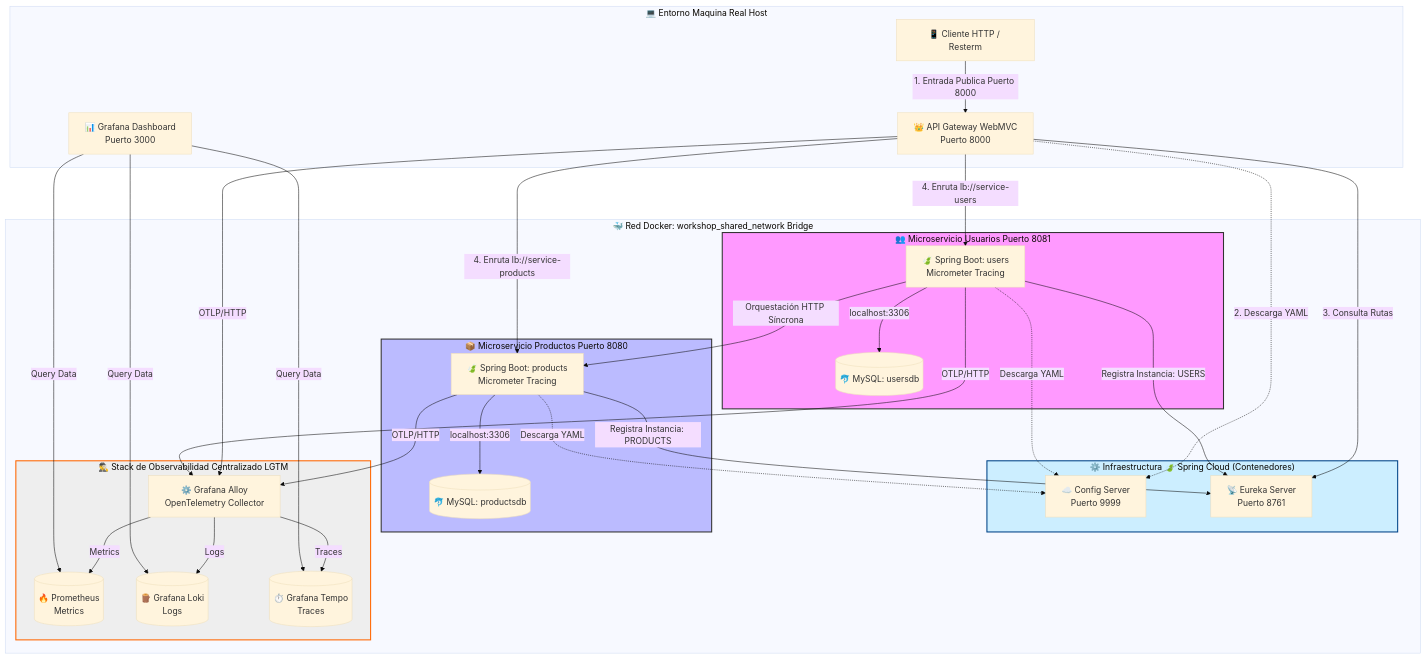
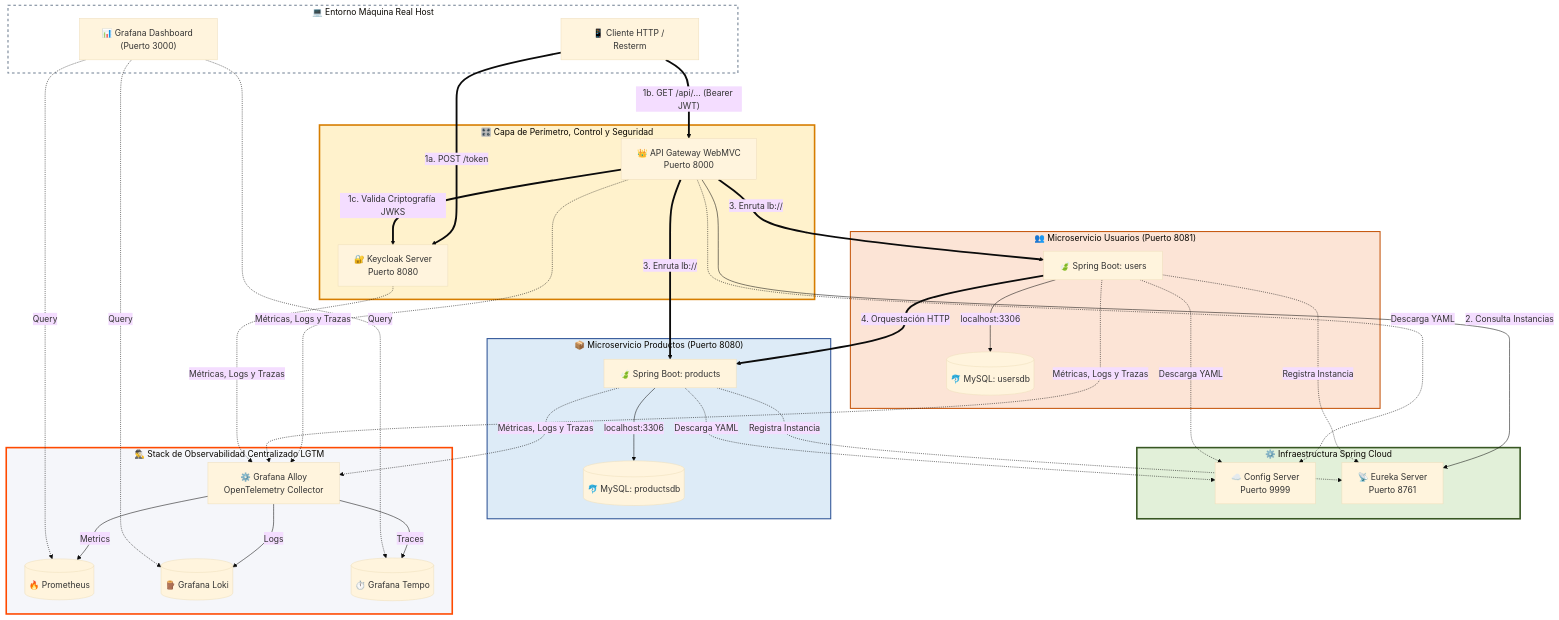
The first of 4 diagrams in README.md (wortiz1027/workshop), drawn with Mermaid (base theme) before and after one commit. The commit also changed other lines of this file and 10 other files, not shown here.

Commit message:
feat: agrega soporte de servidor de seguridad para securizar el acceso a los recursos de users y products

````diff
--- a/README.md
+++ b/README.md
@@ -13,72 +13,83 @@
 ```mermaid
 graph TD
-    subgraph Host ["💻 Entorno Maquina Real Host"]
-        UI[📱 Cliente HTTP / Resterm] -->|"1. Entrada Publica Puerto 8000"| AppGateway
-        GRAFANA_UI["📊 Grafana Dashboard <br> Puerto 3000"]
+    %% =========================================================
+    %% 💻 CAPA DE CLIENTE COLOFÓN (MÁQUINA REAL)
+    %% =========================================================
+    subgraph Host ["💻 Entorno Máquina Real Host"]
+        UI[📱 Cliente HTTP / Resterm]
+        GRAFANA_UI["📊 Grafana Dashboard (Puerto 3000)"]
     end
 
-    subgraph DockerBridge ["🐳 Red Docker: workshop_shared_network Bridge"]
-        subgraph SpringCloud ["⚙️ Infraestructura 🍃 Spring Cloud (Contenedores)"]
-            ConfigServer[☁️ Config Server <br> Puerto 9999]
-            EurekaServer[📡 Eureka Server <br> Puerto 8761]
-            AppGateway[👑 API Gateway WebMVC <br> Puerto 8000]
-        end
-
-        subgraph SubUsers ["👥 Microservicio Usuarios Puerto 8081"]
-            AppUsers[🍃 Spring Boot: users <br> Micrometer Tracing]
-            DBUsers[(🐬 MySQL: usersdb)]
-            AppUsers -->|localhost:3306| DBUsers
-        end
-
-        subgraph SubProducts ["📦 Microservicio Productos Puerto 8080"]
-            AppProducts[🍃 Spring Boot: products <br> Micrometer Tracing]
-            DBProducts[(🐬 MySQL: productsdb)]
-            AppProducts -->|localhost:3306| DBProducts
-        end
-
-        subgraph TelemetryStack ["🕵️‍♂️ Stack de Observabilidad Centralizado LGTM"]
-            ALLOY[⚙️ Grafana Alloy <br> OpenTelemetry Collector]
-            PROM[(🔥 Prometheus <br> Metrics)]
-            LOKI[(🪵 Grafana Loki <br> Logs)]
-            TEMPO[(⏱️ Grafana Tempo <br> Traces)]
-        end
+    %% =========================================================
+    %% 🎛️ CAPA DE PERÍMETRO Y CONTROL (DOCKER SHARED NETWORK)
+    %% =========================================================
+    subgraph CapaControl ["🎛️ Capa de Perímetro, Control y Seguridad"]
+        AppGateway[👑 API Gateway WebMVC <br> Puerto 8000]
+        KeycloakServer[🔐 Keycloak Server <br> Puerto 8080]
     end
 
-    %% Ciclo de Descarga de Propiedades Centralizadas
-    AppGateway -.->|"2. Descarga YAML"| ConfigServer
-    AppUsers -.->|"Descarga YAML"| ConfigServer
-    AppProducts -.->|"Descarga YAML"| ConfigServer
+    %% =========================================================
+    %% ⚙️ CAPA DE INFRAESTRUCTURA SPRING CLOUD
+    %% =========================================================
+    subgraph SpringCloud ["⚙️ Infraestructura Spring Cloud"]
+        ConfigServer[☁️ Config Server <br> Puerto 9999]
+        EurekaServer[📡 Eureka Server <br> Puerto 8761]
+    end
 
-    %% Ciclo de Descubrimiento de Servicios Dinámico
-    AppGateway -->|"3. Consulta Rutas"| EurekaServer
-    AppUsers -->|"Registra Instancia: USERS"| EurekaServer
-    AppProducts -->|"Registra Instancia: PRODUCTS"| EurekaServer
+    %% =========================================================
+    %% 👥 CAPA DE MICROSERVICIOS DE NEGOCIO
+    %% =========================================================
+    subgraph SubUsers ["👥 Microservicio Usuarios (Puerto 8081)"]
+        AppUsers[🍃 Spring Boot: users]
+        DBUsers[(🐬 MySQL: usersdb)]
+        AppUsers -->|localhost:3306| DBUsers
+    end
 
-    %% Enrutamiento Interno del API Gateway
-    AppGateway -->|"4. Enruta lb://service-products"| AppProducts
-    AppGateway -->|"4. Enruta lb://service-users"| AppUsers
+    subgraph SubProducts ["📦 Microservicio Productos (Puerto 8080)"]
+        AppProducts[🍃 Spring Boot: products]
+        DBProducts[(🐬 MySQL: productsdb)]
+        AppProducts -->|localhost:3306| DBProducts
+    end
 
-    %% Comunicación de Negocio Inter-Servicio
-    AppUsers -->|"Orquestación HTTP Síncrona"| AppProducts
+    %% =========================================================
+    %% 🕵️‍♂️ CAPA DE TELEMETRÍA CENTRALIZADA (CORREGIDA CON ALTA LUMINOSIDAD)
+    %% =========================================================
+    subgraph TelemetryStack ["🕵️‍♂️ Stack de Observabilidad Centralizado LGTM"]
+        ALLOY[⚙️ Grafana Alloy <br> OpenTelemetry Collector]
+        PROM[(🔥 Prometheus)]
+        LOKI[(🪵 Grafana Loki)]
+        TEMPO[(⏱️ Grafana Tempo)]
+    end
 
-    %% Flujos de Telemetría Unificados hacia Grafana Alloy
-    AppGateway -->|"OTLP/HTTP"| ALLOY
-    AppUsers -->|"OTLP/HTTP"| ALLOY
-    AppProducts -->|"OTLP/HTTP"| ALLOY
+    %% =========================================================
+    %% 🔄 FLUJOS LÓGICOS Y DIRECCIONAMIENTO DE TRÁFICO
+    %% =========================================================
+    UI ==>|"1a. POST /token"| KeycloakServer
+    UI ==>|"1b. GET /api/... (Bearer JWT)"| AppGateway
+    AppGateway ==>|"1c. Valida Criptografía JWKS"| KeycloakServer
+    AppGateway -->|"2. Consulta Instancias"| EurekaServer
+    AppGateway ==>|"3. Enruta lb://"| AppUsers
+    AppGateway ==>|"3. Enruta lb://"| AppProducts
+    AppUsers ==>|"4. Orquestación HTTP"| AppProducts
 
-    %% Distribución de Alloy hacia el Almacenamiento Core
+    AppUsers & AppProducts -.->|"Registra Instancia"| EurekaServer
+    AppGateway & AppUsers & AppProducts -.->|"Descarga YAML"| ConfigServer
+
+    AppGateway & AppUsers & AppProducts & KeycloakServer -.->|"Métricas, Logs y Trazas"| ALLOY
     ALLOY -->|Metrics| PROM
     ALLOY -->|Logs| LOKI
     ALLOY -->|Traces| TEMPO
+    GRAFANA_UI -.->|Query| PROM & LOKI & TEMPO
 
-    %% Visualización
-    GRAFANA_UI -->|Query Data| PROM
-    GRAFANA_UI -->|Query Data| LOKI
-    GRAFANA_UI -->|Query Data| TEMPO
+    %% =========================================================
+    %% 🎨 ESQUEMA DE COLORES E IDENTIDAD DE ALTO CONTRASTE (CORREGIDO)
+    %% =========================================================
+    style Host fill:#ffffff,stroke:#718093,stroke-width:2px,stroke-dasharray: 5 5
+    style CapaControl fill:#fff2cc,stroke:#d67d00,stroke-width:3px
+    style SpringCloud fill:#e2f0d9,stroke:#385723,stroke-width:3px
+    style SubUsers fill:#fce4d6,stroke:#c65911,stroke-width:2px
+    style SubProducts fill:#ddebf7,stroke:#2f5597,stroke-width:2px
 
-    %% Aplicar estilos utilizando exclusivamente los IDs técnicos planos
-    style SubUsers fill:#f9f,stroke:#333,stroke-width:2px
-    style SubProducts fill:#bbf,stroke:#333,stroke-width:2px
-    style SpringCloud fill:#cef,stroke:#048,stroke-width:2px
-    style TelemetryStack fill:#eee,stroke:#ff6600,stroke-width:2px
+    %% 🚀 FIX DE CONTRASTE: Fondo claro pastel con borde encendido de Grafana
+    style TelemetryStack fill:#f5f6fa,stroke:#ff4a00,stroke-width:3px
 ```
````
